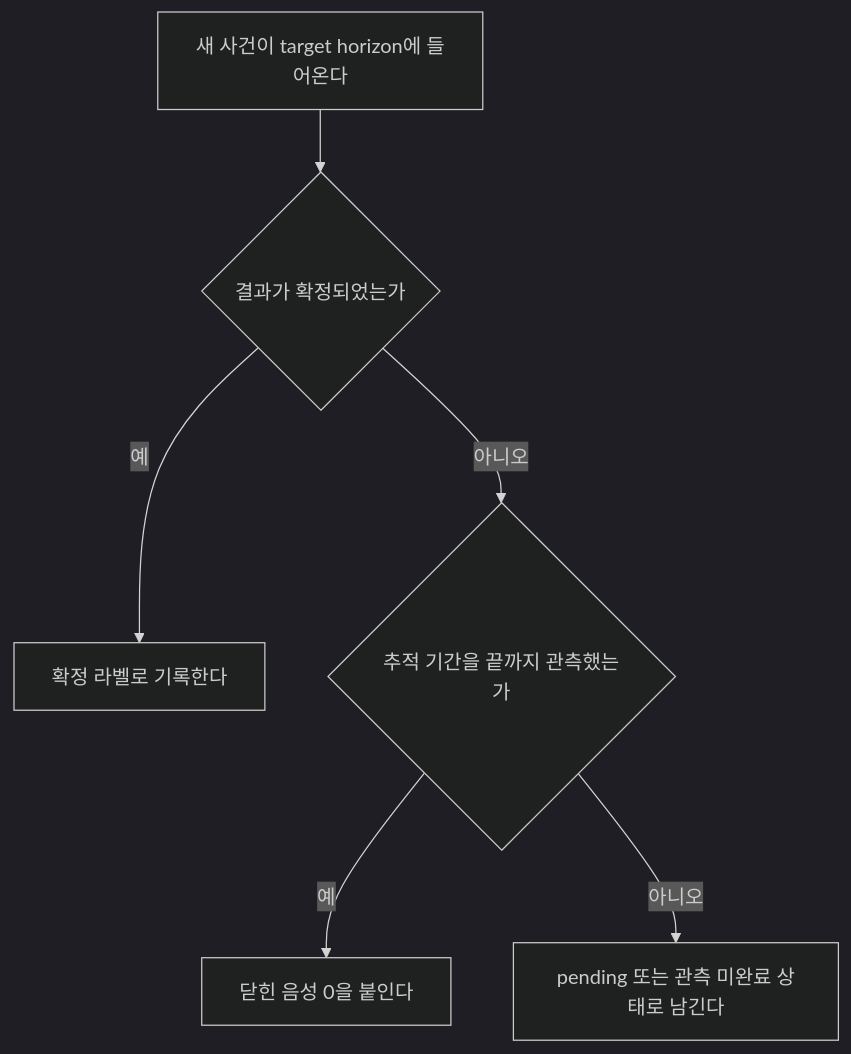
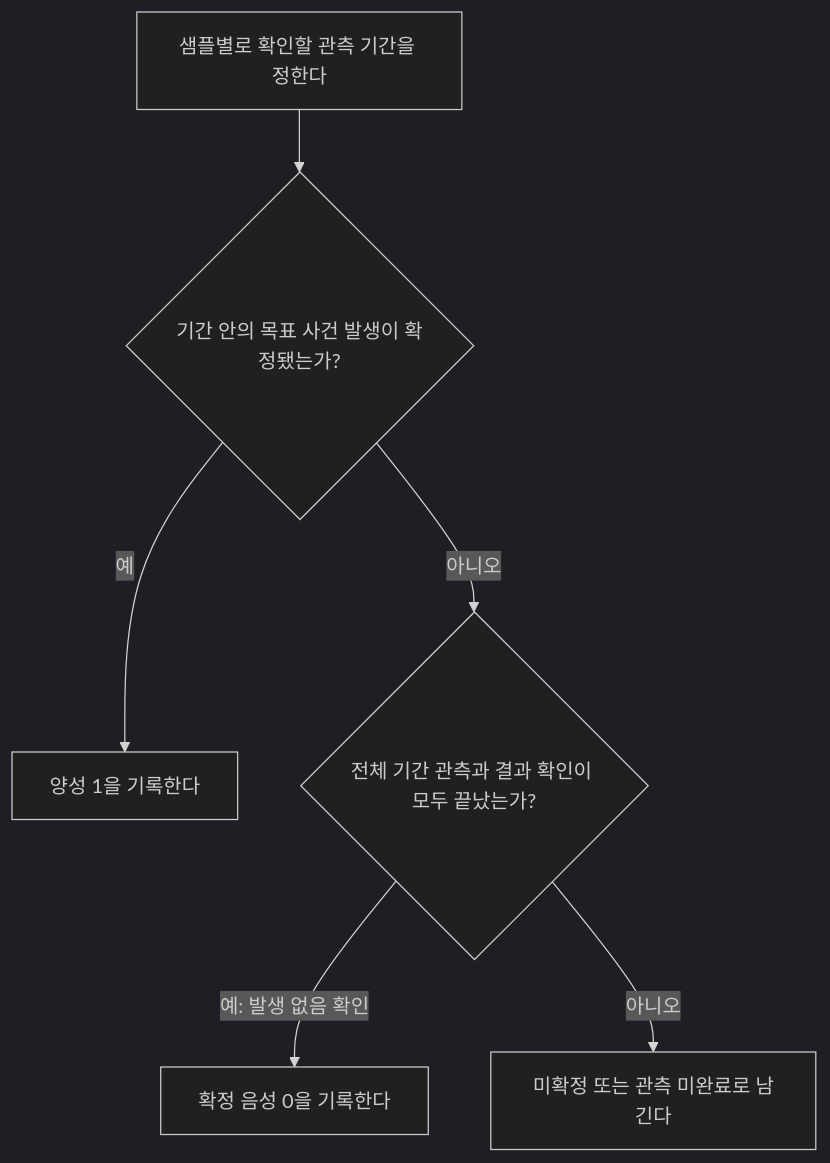
The diagram in docs/assets/part-03/chapter-09/p3-9-10-mermaid-01-ko.mmd (devchan64/AiBook), drawn with Mermaid (dark theme) before and after one commit. The commit also changed 216 other files, not shown here.

Commit message:
Review Part 3 explanations and improve diagram readability

```diff
--- a/docs/assets/part-03/chapter-09/p3-9-10-mermaid-01-ko.mmd
+++ b/docs/assets/part-03/chapter-09/p3-9-10-mermaid-01-ko.mmd
@@ -1,6 +1,6 @@
 flowchart TD
-    A[새 사건이 target horizon에 들어온다] --> B{결과가 확정되었는가}
-    B -- 예 --> C[확정 라벨로 기록한다]
-    B -- 아니오 --> D{추적 기간을 끝까지 관측했는가}
-    D -- 예 --> E[닫힌 음성 0을 붙인다]
-    D -- 아니오 --> F[pending 또는 관측 미완료 상태로 남긴다]
+    A[샘플별로 확인할 관측 기간을 정한다] --> B{기간 안의 목표 사건 발생이 확정됐는가?}
+    B -->|예| C[양성 1을 기록한다]
+    B -->|아니오| D{전체 기간 관측과 결과 확인이 모두 끝났는가?}
+    D -->|예: 발생 없음 확인| E[확정 음성 0을 기록한다]
+    D -->|아니오| F[미확정 또는 관측 미완료로 남긴다]
```
